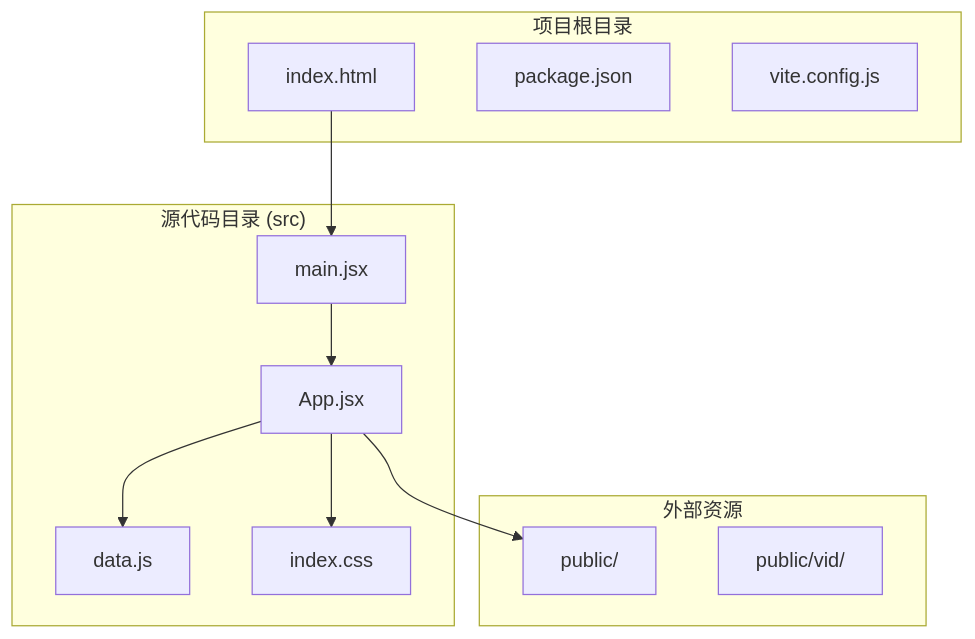
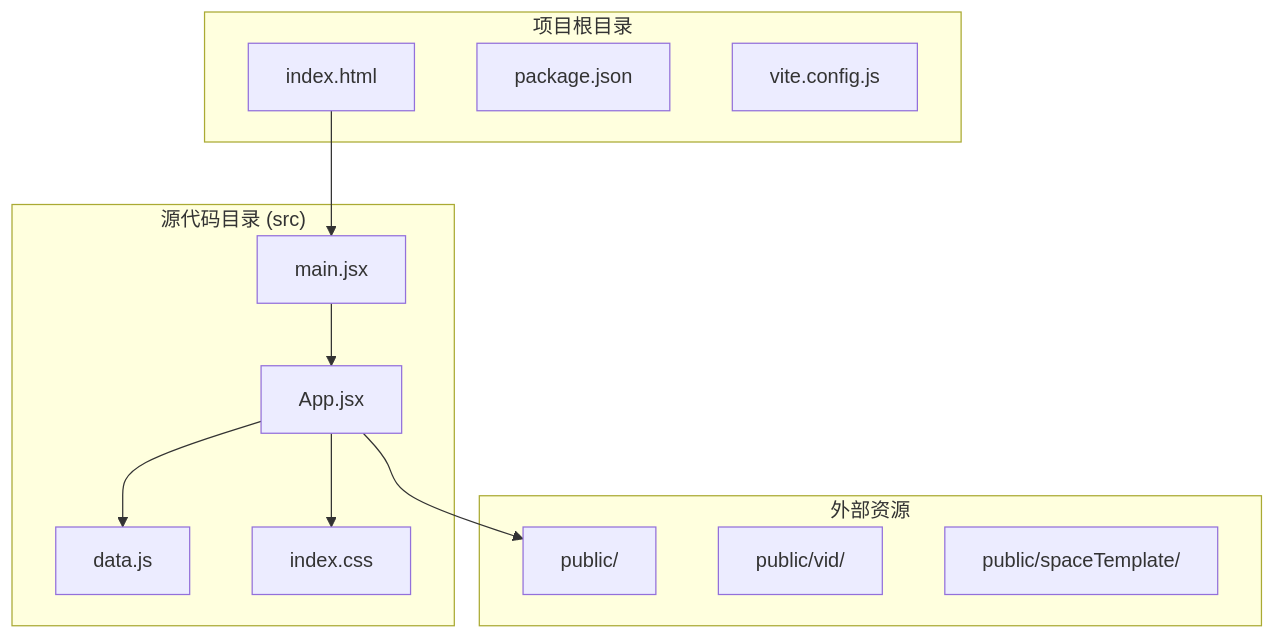
The first of 22 diagrams in .qoder/repowiki/zh/content/详情页系统.md (billye220670/newSquare), drawn with Mermaid before and after one commit. The commit also changed other lines of this file and 14 other files, not shown here.

````diff
--- a/.qoder/repowiki/zh/content/详情页系统.md
+++ b/.qoder/repowiki/zh/content/详情页系统.md
@@ -38,23 +49,24 @@
 ```mermaid
 graph TB
 subgraph "项目根目录"
 HTML[index.html]
 PKG[package.json]
 VITE[vite.config.js]
 end
 subgraph "源代码目录 (src)"
 MAIN[main.jsx]
 APP[App.jsx]
 DATA[data.js]
 CSS[index.css]
 end
 subgraph "外部资源"
 PUBLIC[public/]
 VID[public/vid/]
+SPACETEMPLATE[public/spaceTemplate/]
 end
 HTML --> MAIN
 MAIN --> APP
 APP --> DATA
 APP --> CSS
 APP --> PUBLIC
 ```
````
